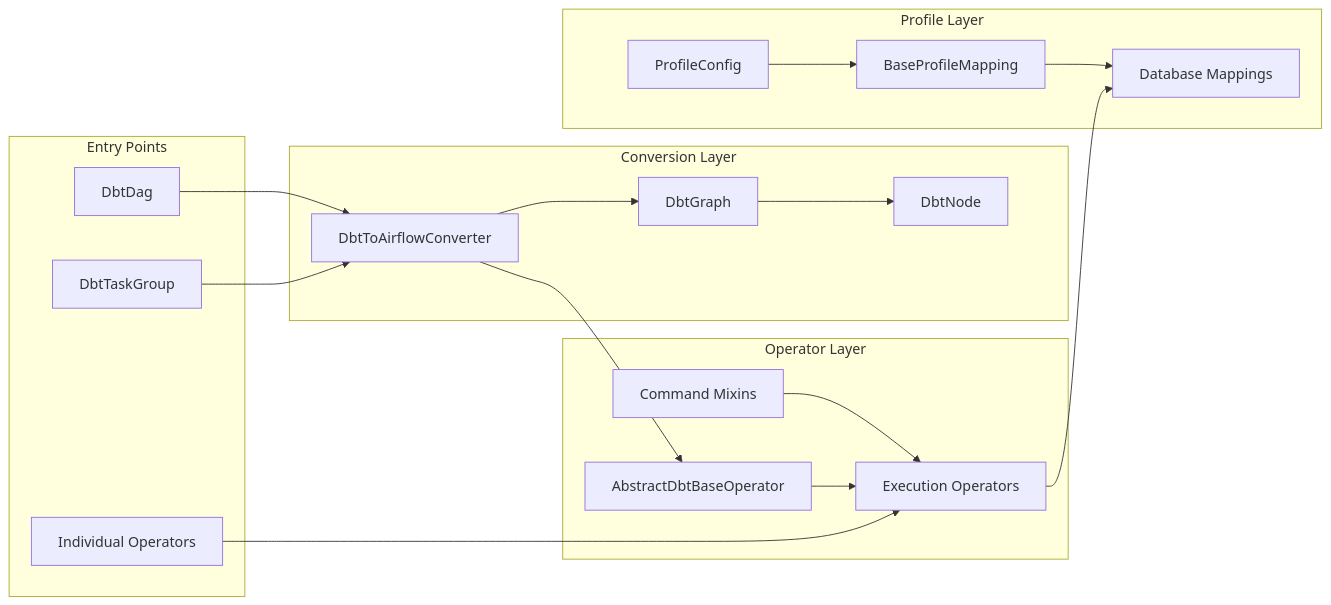
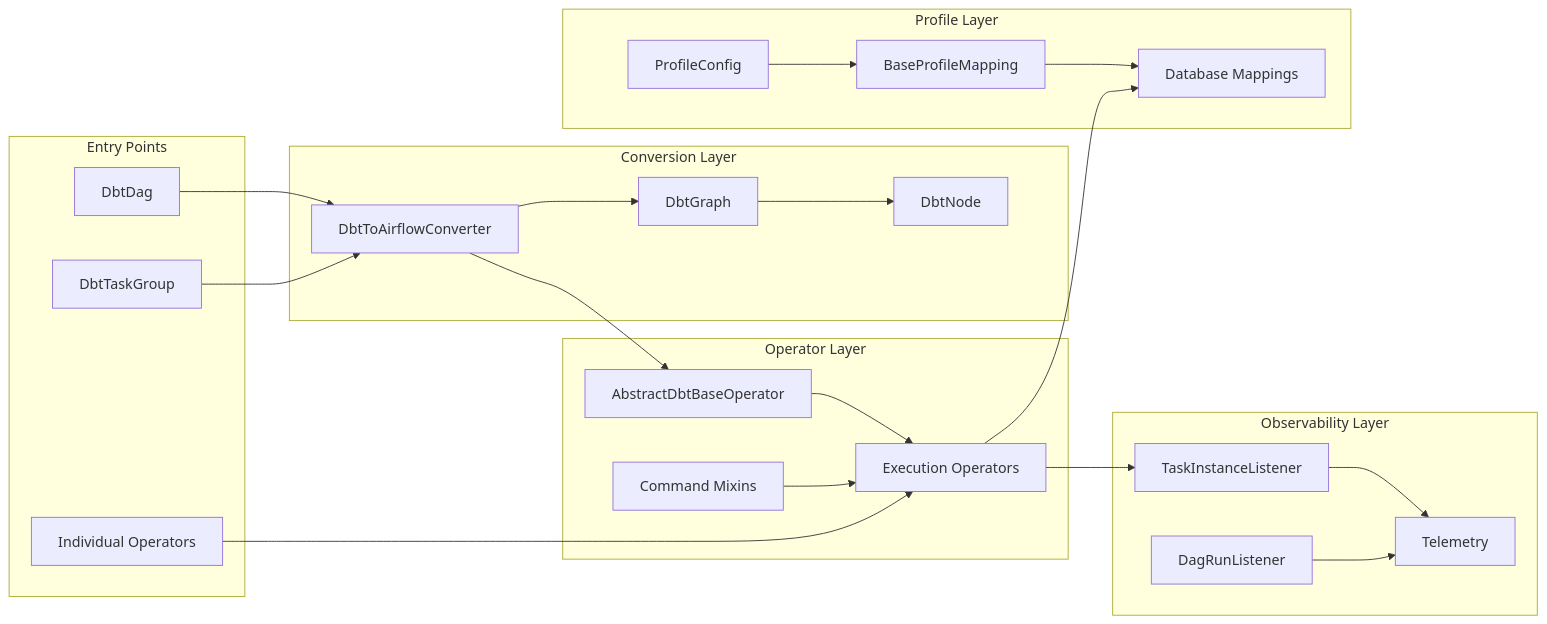
Before and after one commit to josix/astronomer-cosmos: the second of 28 diagrams in docs/ARCHITECTURE.md, drawn with Mermaid. The commit also changed other lines of this file, not shown here.

First line of the commit message:
docs: Update architecture documentation with v1.12 features

````diff
--- a/docs/ARCHITECTURE.md
+++ b/docs/ARCHITECTURE.md
@@ -115,38 +131,47 @@
 ```mermaid
 graph LR
     subgraph "Entry Points"
         A1[DbtDag]
         A2[DbtTaskGroup]
         A3[Individual Operators]
     end
 
     subgraph "Conversion Layer"
         B1[DbtToAirflowConverter]
         B2[DbtGraph]
         B3[DbtNode]
     end
 
     subgraph "Operator Layer"
         C1[AbstractDbtBaseOperator]
         C2[Command Mixins]
         C3[Execution Operators]
     end
 
     subgraph "Profile Layer"
         D1[ProfileConfig]
         D2[BaseProfileMapping]
         D3[Database Mappings]
     end
 
+    subgraph "Observability Layer"
+        E1[TaskInstanceListener]
+        E2[DagRunListener]
+        E3[Telemetry]
+    end
+
     A1 --> B1
     A2 --> B1
     B1 --> B2
     B2 --> B3
     B1 --> C1
     C2 --> C3
     C1 --> C3
     A3 --> C3
     D1 --> D2
     D2 --> D3
     C3 --> D3
+    C3 --> E1
+    E1 --> E3
+    E2 --> E3
 ```
````
